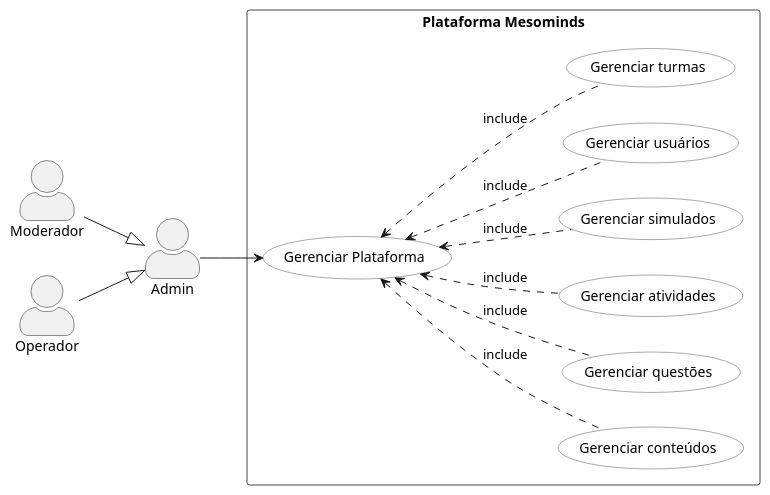
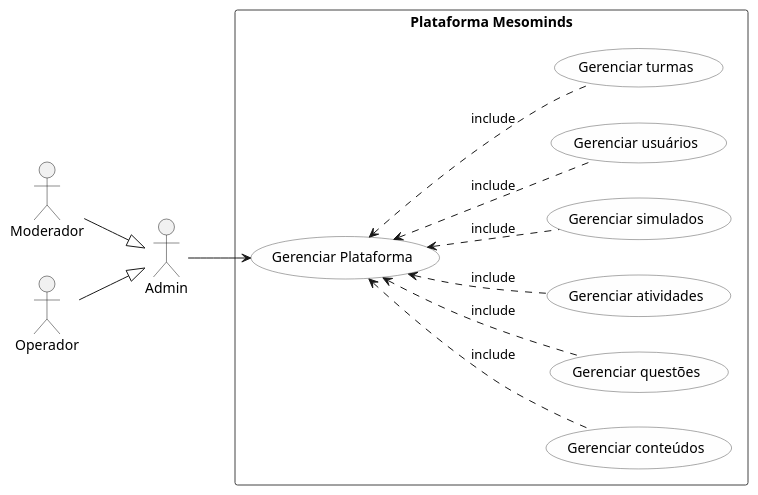
The diagram in docs/technical_docs/architecture/diagrams/useCases/secaoAdmin/admin-general/admin-general.plantuml (Ramalho7/mesomindsDocs), drawn with PlantUML before and after one commit. The commit also changed 3 other files, not shown here.

Commit message:
Add: Sequence diagram - Admin conteudo

```diff
--- a/docs/technical_docs/architecture/diagrams/useCases/secaoAdmin/admin-general/admin-general.plantuml
+++ b/docs/technical_docs/architecture/diagrams/useCases/secaoAdmin/admin-general/admin-general.plantuml
@@ -1,43 +1,39 @@
 @startuml
 left to right direction
-skinparam actorStyle awesome
+skinparam actorStyle stick
 skinparam usecase {
   BackgroundColor #fefefe
   BorderColor #555
 }
 skinparam rectangle {
   BorderColor #444
   FontStyle bold
 }
 
-' === Atores ===
 actor "Admin" as Admin
 actor "Moderador" as Mod
 actor "Operador" as Op
 
-' === Herança de Admin ===
 Mod --|> Admin
 Op --|> Admin
 
-' === Boundary único do sistema ===
 rectangle "Plataforma Mesominds" {
     usecase "Gerenciar Plataforma" as UC_Main
     usecase "Gerenciar conteúdos" as UC_Content
     usecase "Gerenciar questões" as UC_Questions
     usecase "Gerenciar atividades" as UC_Activities
     usecase "Gerenciar simulados" as UC_Simulations
     usecase "Gerenciar usuários" as UC_Users
     usecase "Gerenciar turmas" as UC_Classes
     
     UC_Main <.. UC_Content : include
     UC_Main <.. UC_Questions : include
     UC_Main <.. UC_Activities : include
     UC_Main <.. UC_Simulations : include
     UC_Main <.. UC_Users : include
     UC_Main <.. UC_Classes : include
 }
 
-' === Conexões ===
 Admin --> UC_Main
 
 @enduml
```
